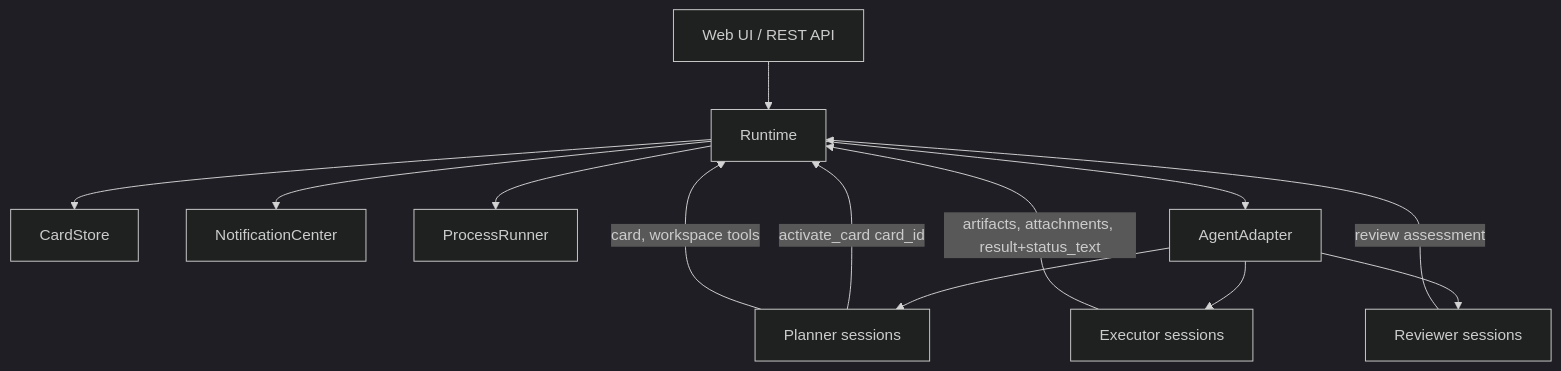
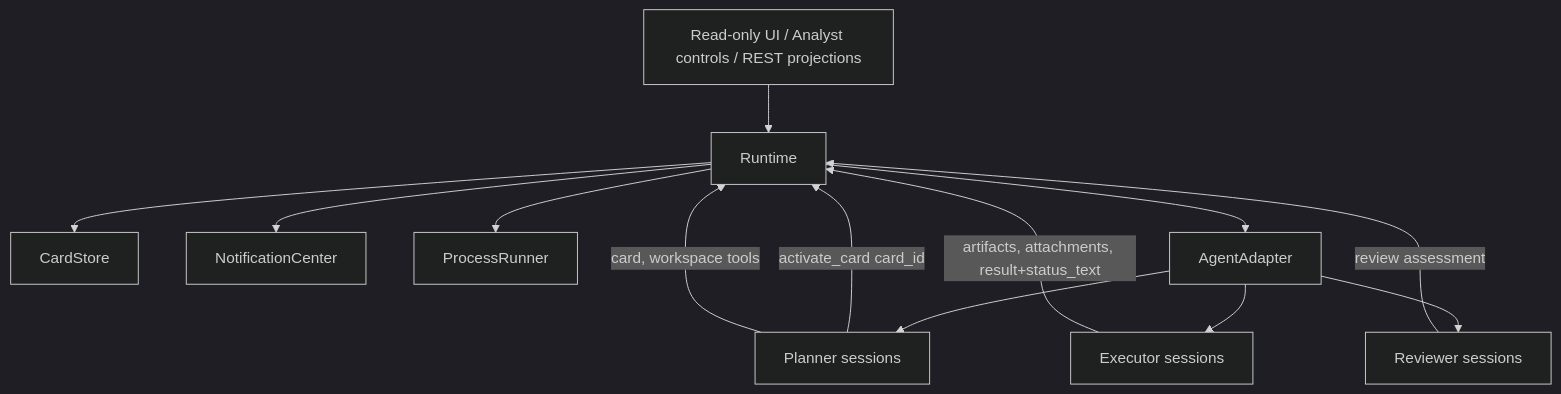
The first of 3 diagrams in docs/agents.md (salva/saivage-v3), drawn with Mermaid (dark theme) before and after one commit. The commit also changed other lines of this file and 15 other files, not shown here.

````diff
--- a/docs/agents.md
+++ b/docs/agents.md
@@ -31,15 +31,15 @@
 ```mermaid
 flowchart TD
-  UI[Web UI / REST API] --> RT[Runtime]
+  UI[Read-only UI / Analyst controls / REST projections] --> RT[Runtime]
   RT --> CS[CardStore]
   RT --> NC[NotificationCenter]
   RT --> PR[ProcessRunner]
   RT --> AA[AgentAdapter]
   AA --> PL[Planner sessions]
   AA --> EX[Executor sessions]
   AA --> RV[Reviewer sessions]
   PL -->|activate_card card_id| RT
   PL -->|card, workspace tools| RT
   EX -->|artifacts, attachments, result+status_text| RT
   RV -->|review assessment| RT
 ```
````
